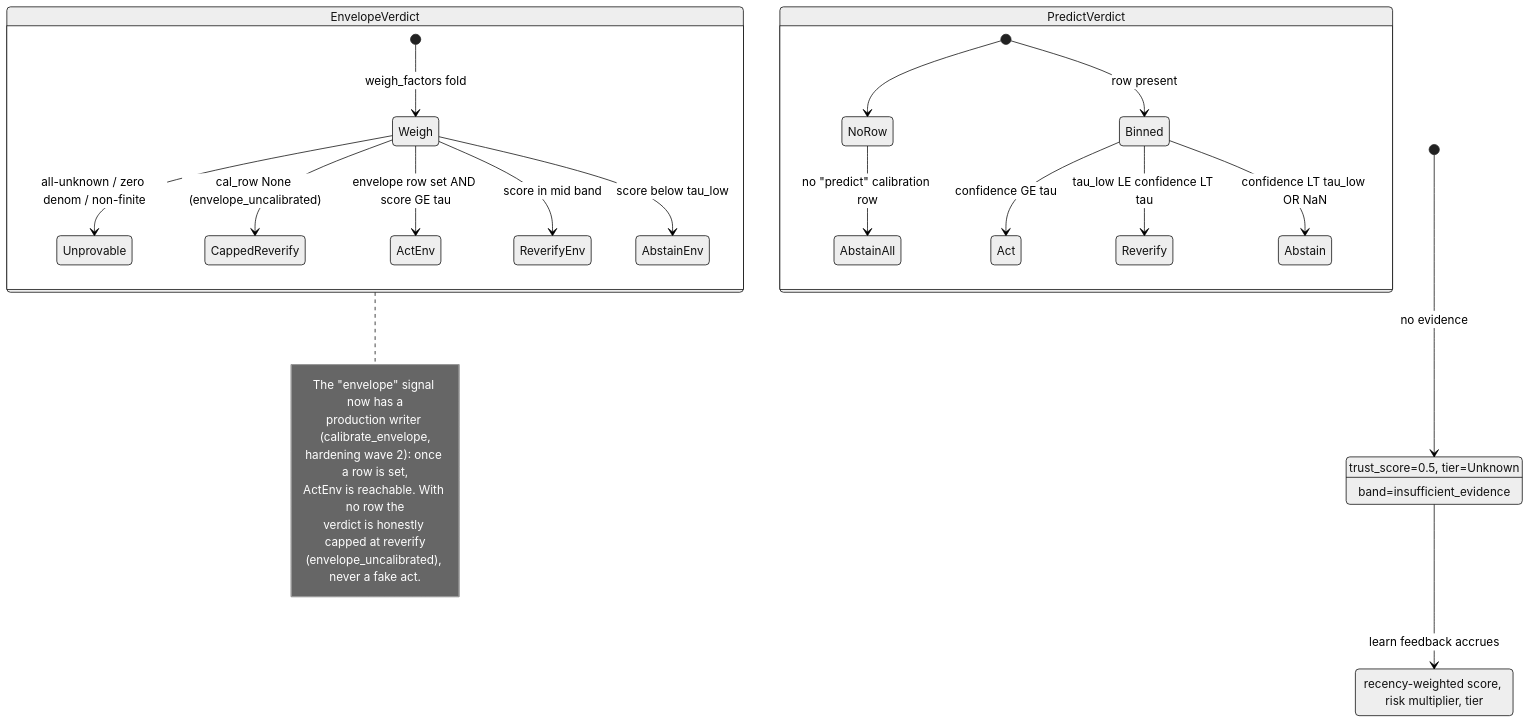
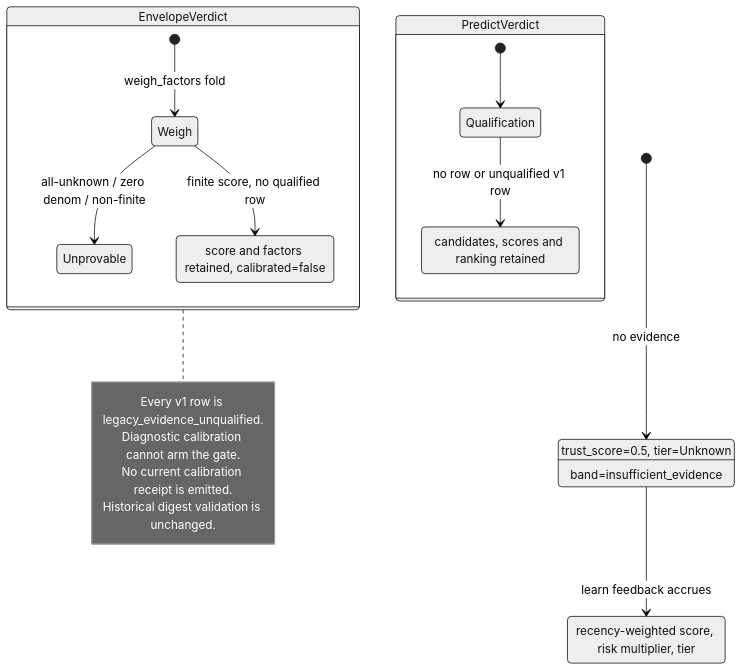
One commit to maxkle1nz/m1nd changed the third of 3 diagrams in docs/uml/trust-calibration.md. Above: the diagram before and after it, drawn with Mermaid (neutral theme). The commit also changed other lines of this file and 40 other files, not shown here.

First line of the commit message:
fix: abstain when calibration evidence is unqualified (#577)

````diff
--- a/docs/uml/trust-calibration.md
+++ b/docs/uml/trust-calibration.md
@@ -144,35 +141,28 @@
 ```mermaid
 stateDiagram-v2
     [*] --> ColdStart : no evidence
     ColdStart : trust_score=0.5, tier=Unknown
     ColdStart : band=insufficient_evidence
     ColdStart --> Evidenced : learn feedback accrues
     Evidenced : recency-weighted score, risk multiplier, tier
 
     state PredictVerdict {
-        [*] --> NoRow
-        NoRow --> AbstainAll : no "predict" calibration row
-        [*] --> Binned : row present
-        Binned --> Act : confidence GE tau
-        Binned --> Reverify : tau_low LE confidence LT tau
-        Binned --> Abstain : confidence LT tau_low OR NaN
+        [*] --> Qualification
+        Qualification --> AbstainAll : no row or unqualified v1 row
+        AbstainAll : candidates, scores and ranking retained
     }
 
     state EnvelopeVerdict {
         [*] --> Weigh : weigh_factors fold
         Weigh --> Unprovable : all-unknown / zero denom / non-finite
-        Weigh --> CappedReverify : cal_row None (envelope_uncalibrated)
-        Weigh --> ActEnv : envelope row set AND score GE tau
-        Weigh --> ReverifyEnv : score in mid band
-        Weigh --> AbstainEnv : score below tau_low
+        Weigh --> CappedReverify : finite score, no qualified row
+        CappedReverify : score and factors retained, calibrated=false
     }
 
     note right of EnvelopeVerdict
-        The "envelope" signal now has a
-        production writer (calibrate_envelope,
-        hardening wave 2): once a row is set,
-        ActEnv is reachable. With no row the
-        verdict is honestly capped at reverify
-        (envelope_uncalibrated), never a fake act.
+        Every v1 row is legacy_evidence_unqualified.
+        Diagnostic calibration cannot arm the gate.
+        No current calibration receipt is emitted.
+        Historical digest validation is unchanged.
     end note
 ```
````
